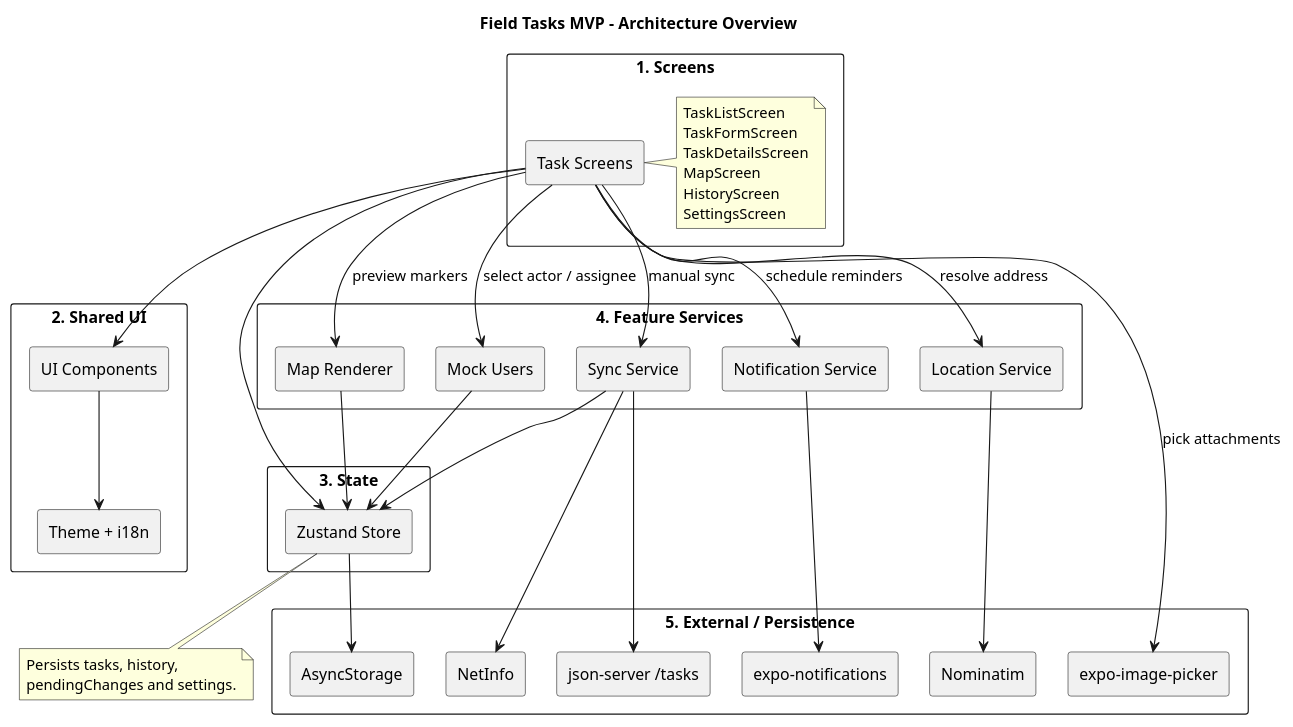
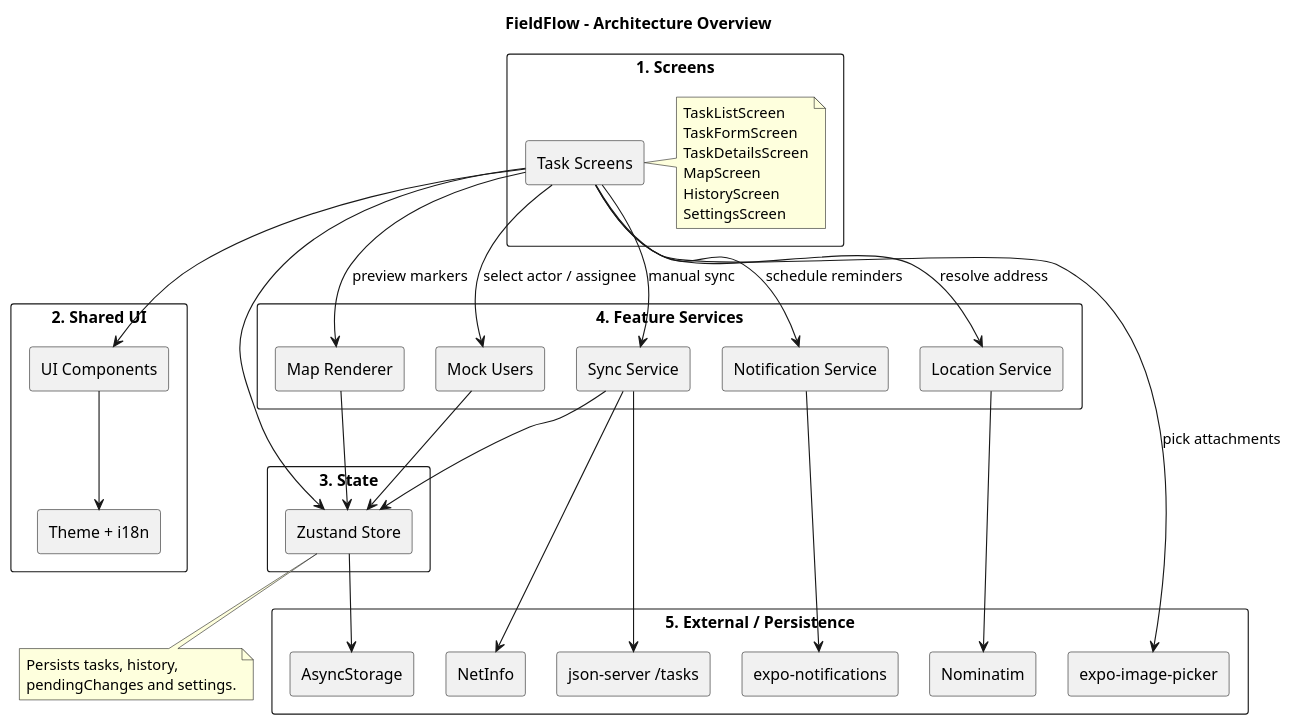
Before and after one commit to Ilja-Prihach/field-tasks-mobile: the diagram in docs/architecture.puml, drawn with PlantUML. The commit also changed 15 other files, not shown here.

Commit message:
chore: rebrand mobile app as FieldFlow

```diff
--- a/docs/architecture.puml
+++ b/docs/architecture.puml
@@ -1,77 +1,77 @@
 @startuml
-title Field Tasks MVP - Architecture Overview
+title FieldFlow - Architecture Overview
 
 top to bottom direction
 
 skinparam shadowing false
 skinparam componentStyle rectangle
 skinparam packageStyle rectangle
 skinparam nodesep 28
 skinparam ranksep 42
 
 package "1. Screens" {
   [Task Screens] as Screens
   note right of Screens
   TaskListScreen
   TaskFormScreen
   TaskDetailsScreen
   MapScreen
   HistoryScreen
   SettingsScreen
   end note
 }
 
 package "2. Shared UI" {
   [UI Components] as Components
   [Theme + i18n] as SharedUi
 }
 
 package "3. State" {
   [Zustand Store] as Store
 }
 
 package "4. Feature Services" {
   [Sync Service] as Sync
   [Notification Service] as Notifications
   [Location Service] as Location
   [Map Renderer] as Map
   [Mock Users] as Users
 }
 
 package "5. External / Persistence" {
   [AsyncStorage] as Storage
   [json-server /tasks] as Api
   [expo-notifications] as ExpoNotifications
   [expo-image-picker] as ImagePicker
   [NetInfo] as NetInfo
   [Nominatim] as Nominatim
 }
 
 Screens --> Components
 Components --> SharedUi
 Screens --> Store
 
 Screens --> Notifications : schedule reminders
 Screens --> Location : resolve address
 Screens --> Map : preview markers
 Screens --> ImagePicker : pick attachments
 Screens --> Users : select actor / assignee
 Screens --> Sync : manual sync
 
 Store --> Storage
 
 Sync --> Store
 Sync --> Api
 Sync --> NetInfo
 
 Notifications --> ExpoNotifications
 Location --> Nominatim
 Map --> Store
 Users --> Store
 
 note bottom of Store
 Persists tasks, history,
 pendingChanges and settings.
 end note
 
 @enduml
```
